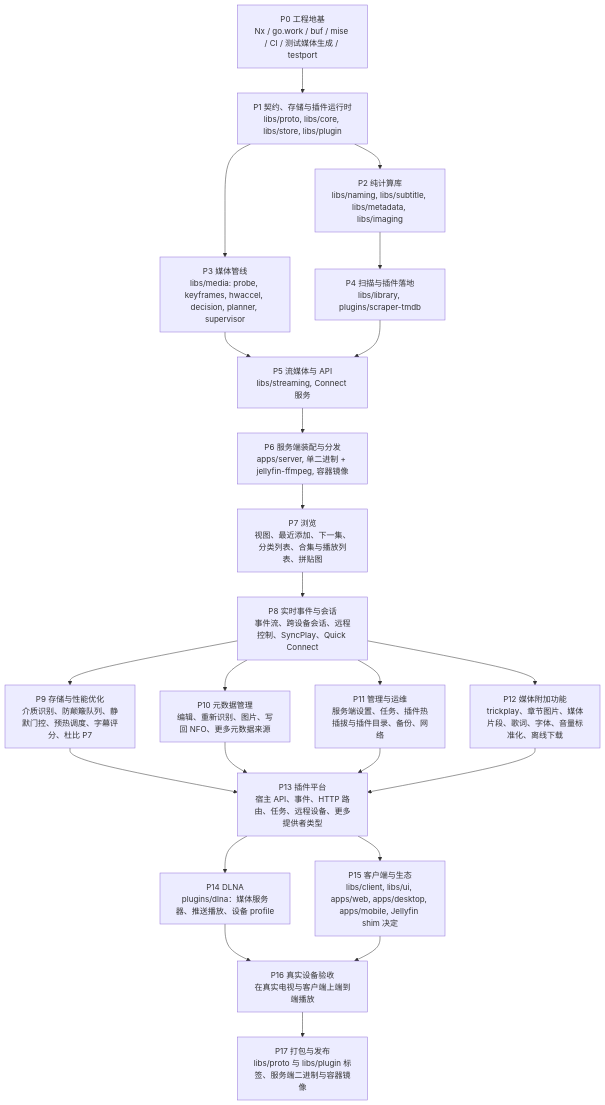
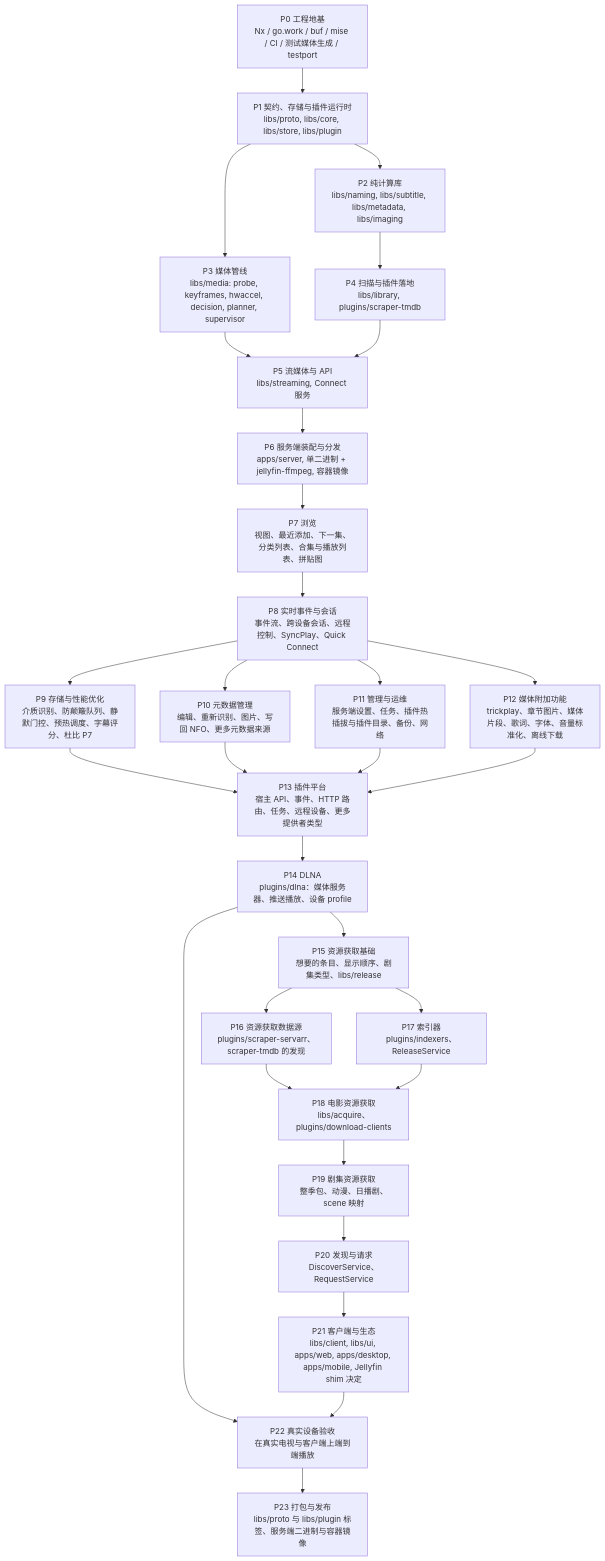
One commit to mavioai/mavio changed the diagram in docs/roadmap.zh-CN.md. Above: the diagram before and after it, drawn with Mermaid. The commit also changed other lines of this file and 9 other files, not shown here.

````diff
--- a/docs/roadmap.zh-CN.md
+++ b/docs/roadmap.zh-CN.md
@@ -20,44 +20,57 @@
 ```mermaid
 flowchart TD
     P0["P0 工程地基<br/>Nx / go.work / buf / mise / CI / 测试媒体生成 / testport"]
     P1["P1 契约、存储与插件运行时<br/>libs/proto, libs/core, libs/store, libs/plugin"]
     P2["P2 纯计算库<br/>libs/naming, libs/subtitle, libs/metadata, libs/imaging"]
     P3["P3 媒体管线<br/>libs/media: probe, keyframes, hwaccel, decision, planner, supervisor"]
     P4["P4 扫描与插件落地<br/>libs/library, plugins/scraper-tmdb"]
     P5["P5 流媒体与 API<br/>libs/streaming, Connect 服务"]
     P6["P6 服务端装配与分发<br/>apps/server, 单二进制 + jellyfin-ffmpeg, 容器镜像"]
     P7["P7 浏览<br/>视图、最近添加、下一集、分类列表、合集与播放列表、拼贴图"]
     P8["P8 实时事件与会话<br/>事件流、跨设备会话、远程控制、SyncPlay、Quick Connect"]
     P9["P9 存储与性能优化<br/>介质识别、防颠簸队列、静默门控、预热调度、字幕评分、杜比 P7"]
     P10["P10 元数据管理<br/>编辑、重新识别、图片、写回 NFO、更多元数据来源"]
     P11["P11 管理与运维<br/>服务端设置、任务、插件热插拔与插件目录、备份、网络"]
     P12["P12 媒体附加功能<br/>trickplay、章节图片、媒体片段、歌词、字体、音量标准化、离线下载"]
     P13["P13 插件平台<br/>宿主 API、事件、HTTP 路由、任务、远程设备、更多提供者类型"]
     P14["P14 DLNA<br/>plugins/dlna：媒体服务器、推送播放、设备 profile"]
-    P15["P15 客户端与生态<br/>libs/client, libs/ui, apps/web, apps/desktop, apps/mobile, Jellyfin shim 决定"]
-    P16["P16 真实设备验收<br/>在真实电视与客户端上端到端播放"]
-    P17["P17 打包与发布<br/>libs/proto 与 libs/plugin 标签、服务端二进制与容器镜像"]
+    P15["P15 资源获取基础<br/>想要的条目、显示顺序、剧集类型、libs/release"]
+    P16["P16 资源获取数据源<br/>plugins/scraper-servarr、scraper-tmdb 的发现"]
+    P17["P17 索引器<br/>plugins/indexers、ReleaseService"]
+    P18["P18 电影资源获取<br/>libs/acquire、plugins/download-clients"]
+    P19["P19 剧集资源获取<br/>整季包、动漫、日播剧、scene 映射"]
+    P20["P20 发现与请求<br/>DiscoverService、RequestService"]
+    P21["P21 客户端与生态<br/>libs/client, libs/ui, apps/web, apps/desktop, apps/mobile, Jellyfin shim 决定"]
+    P22["P22 真实设备验收<br/>在真实电视与客户端上端到端播放"]
+    P23["P23 打包与发布<br/>libs/proto 与 libs/plugin 标签、服务端二进制与容器镜像"]
 
     P0 --> P1
     P1 --> P2
     P1 --> P3
     P2 --> P4
     P3 --> P5
     P4 --> P5
     P5 --> P6
     P6 --> P7
     P7 --> P8
     P8 --> P9
     P8 --> P10
     P8 --> P11
     P8 --> P12
     P9 --> P13
     P10 --> P13
     P11 --> P13
     P12 --> P13
     P13 --> P14
-    P13 --> P15
-    P14 --> P16
+    P14 --> P15
     P15 --> P16
-    P16 --> P17
+    P15 --> P17
+    P16 --> P18
+    P17 --> P18
+    P18 --> P19
+    P19 --> P20
+    P20 --> P21
+    P14 --> P22
+    P21 --> P22
+    P22 --> P23
 ```
````
